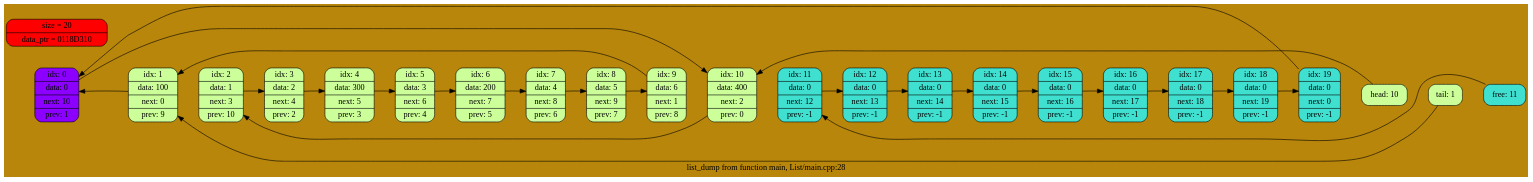
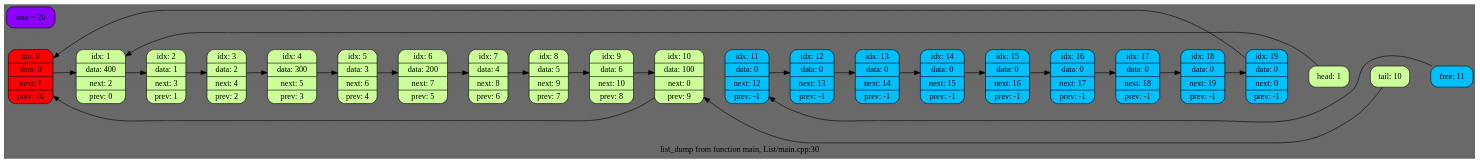
Before and after one commit to EntryFrager/Lists: the diagram in dump.dot, drawn with Graphviz. The commit also changed 3 other files, not shown here.

Commit message:
Changed the colors in the graphics dump

```diff
--- a/dump.dot
+++ b/dump.dot
@@ -1,53 +1,53 @@
 digraph List {
 	rankdir = LR;
 	node [shape = record];
-	bgcolor = "#B8860B";
-	0 -> 0 -> 1 -> 2 -> 3 -> 4 -> 5 -> 6 -> 7 -> 8 -> 9 -> 10 -> 11 -> 12 -> 13 -> 14 -> 15 -> 16 -> 17 -> 18 -> 19 -> head -> tail -> free[arrowsize = 0.0, weight = 10000, color = "#B8860B"];
-	0 [shape = Mrecord, style = filled, fillcolor = "#8B00FF", label = "idx: 0 | data: 0 | next: 10 | prev: 1"];
-	1 [shape = Mrecord, style = filled, fillcolor = "#ccff99", label = "idx: 1 | data: 100 | next: 0 | prev: 9"];
-	2 [shape = Mrecord, style = filled, fillcolor = "#ccff99", label = "idx: 2 | data: 1 | next: 3 | prev: 10"];
+	bgcolor = "#696969";
+	0 -> 0 -> 1 -> 2 -> 3 -> 4 -> 5 -> 6 -> 7 -> 8 -> 9 -> 10 -> 11 -> 12 -> 13 -> 14 -> 15 -> 16 -> 17 -> 18 -> 19 -> head -> tail -> free[arrowsize = 0.0, weight = 10000, color = "#696969"];
+	0 [shape = Mrecord, style = filled, fillcolor = "#ff0000", label = "idx: 0 | data: 0 | next: 1 | prev: 10"];
+	1 [shape = Mrecord, style = filled, fillcolor = "#ccff99", label = "idx: 1 | data: 400 | next: 2 | prev: 0"];
+	2 [shape = Mrecord, style = filled, fillcolor = "#ccff99", label = "idx: 2 | data: 1 | next: 3 | prev: 1"];
 	3 [shape = Mrecord, style = filled, fillcolor = "#ccff99", label = "idx: 3 | data: 2 | next: 4 | prev: 2"];
 	4 [shape = Mrecord, style = filled, fillcolor = "#ccff99", label = "idx: 4 | data: 300 | next: 5 | prev: 3"];
 	5 [shape = Mrecord, style = filled, fillcolor = "#ccff99", label = "idx: 5 | data: 3 | next: 6 | prev: 4"];
 	6 [shape = Mrecord, style = filled, fillcolor = "#ccff99", label = "idx: 6 | data: 200 | next: 7 | prev: 5"];
 	7 [shape = Mrecord, style = filled, fillcolor = "#ccff99", label = "idx: 7 | data: 4 | next: 8 | prev: 6"];
 	8 [shape = Mrecord, style = filled, fillcolor = "#ccff99", label = "idx: 8 | data: 5 | next: 9 | prev: 7"];
-	9 [shape = Mrecord, style = filled, fillcolor = "#ccff99", label = "idx: 9 | data: 6 | next: 1 | prev: 8"];
-	10 [shape = Mrecord, style = filled, fillcolor = "#ccff99", label = "idx: 10 | data: 400 | next: 2 | prev: 0"];
-	11 [shape = Mrecord, style = filled, fillcolor = "#40E0D0", label = "idx: 11 | data: 0 | next: 12 | prev: -1"];
-	12 [shape = Mrecord, style = filled, fillcolor = "#40E0D0", label = "idx: 12 | data: 0 | next: 13 | prev: -1"];
-	13 [shape = Mrecord, style = filled, fillcolor = "#40E0D0", label = "idx: 13 | data: 0 | next: 14 | prev: -1"];
-	14 [shape = Mrecord, style = filled, fillcolor = "#40E0D0", label = "idx: 14 | data: 0 | next: 15 | prev: -1"];
-	15 [shape = Mrecord, style = filled, fillcolor = "#40E0D0", label = "idx: 15 | data: 0 | next: 16 | prev: -1"];
-	16 [shape = Mrecord, style = filled, fillcolor = "#40E0D0", label = "idx: 16 | data: 0 | next: 17 | prev: -1"];
-	17 [shape = Mrecord, style = filled, fillcolor = "#40E0D0", label = "idx: 17 | data: 0 | next: 18 | prev: -1"];
-	18 [shape = Mrecord, style = filled, fillcolor = "#40E0D0", label = "idx: 18 | data: 0 | next: 19 | prev: -1"];
-	19 [shape = Mrecord, style = filled, fillcolor = "#40E0D0", label = "idx: 19 | data: 0 | next: 0 | prev: -1"];
-	head [shape = Mrecord, style = filled, fillcolor = "#ccff99", label = "head: 10"];
-	tail [shape = Mrecord, style = filled, fillcolor = "#ccff99", label = "tail: 1"];
-	free [shape = Mrecord, style = filled, fillcolor = "#40E0D0", label = "free: 11"];
-	0 -> 10
-	10 -> 2
+	9 [shape = Mrecord, style = filled, fillcolor = "#ccff99", label = "idx: 9 | data: 6 | next: 10 | prev: 8"];
+	10 [shape = Mrecord, style = filled, fillcolor = "#ccff99", label = "idx: 10 | data: 100 | next: 0 | prev: 9"];
+	11 [shape = Mrecord, style = filled, fillcolor = "#00BFFF", label = "idx: 11 | data: 0 | next: 12 | prev: -1"];
+	12 [shape = Mrecord, style = filled, fillcolor = "#00BFFF", label = "idx: 12 | data: 0 | next: 13 | prev: -1"];
+	13 [shape = Mrecord, style = filled, fillcolor = "#00BFFF", label = "idx: 13 | data: 0 | next: 14 | prev: -1"];
+	14 [shape = Mrecord, style = filled, fillcolor = "#00BFFF", label = "idx: 14 | data: 0 | next: 15 | prev: -1"];
+	15 [shape = Mrecord, style = filled, fillcolor = "#00BFFF", label = "idx: 15 | data: 0 | next: 16 | prev: -1"];
+	16 [shape = Mrecord, style = filled, fillcolor = "#00BFFF", label = "idx: 16 | data: 0 | next: 17 | prev: -1"];
+	17 [shape = Mrecord, style = filled, fillcolor = "#00BFFF", label = "idx: 17 | data: 0 | next: 18 | prev: -1"];
+	18 [shape = Mrecord, style = filled, fillcolor = "#00BFFF", label = "idx: 18 | data: 0 | next: 19 | prev: -1"];
+	19 [shape = Mrecord, style = filled, fillcolor = "#00BFFF", label = "idx: 19 | data: 0 | next: 0 | prev: -1"];
+	head [shape = Mrecord, style = filled, fillcolor = "#ccff99", label = "head: 1"];
+	tail [shape = Mrecord, style = filled, fillcolor = "#ccff99", label = "tail: 10"];
+	free [shape = Mrecord, style = filled, fillcolor = "#00BFFF", label = "free: 11"];
+	0 -> 1
+	1 -> 2
 	2 -> 3
 	3 -> 4
 	4 -> 5
 	5 -> 6
 	6 -> 7
 	7 -> 8
 	8 -> 9
-	9 -> 1
-	1 -> 0
+	9 -> 10
+	10 -> 0
 	11 -> 12
 	12 -> 13
 	13 -> 14
 	14 -> 15
 	15 -> 16
 	16 -> 17
 	17 -> 18
 	18 -> 19
 	19 -> 0
-	head -> 10
-	tail -> 1
+	head -> 1
+	tail -> 10
 	free -> 11
-	label = "list_dump from function main, List/main.cpp:28";
-	All[shape = Mrecord, style = filled, fillcolor = "#ff0000", label = "size = 20 | data_ptr = 0118D310"];}
+	label = "list_dump from function main, List/main.cpp:30";
+	All[shape = Mrecord, style = filled, fillcolor = "#8B00FF", label = "size = 20"];}
```
